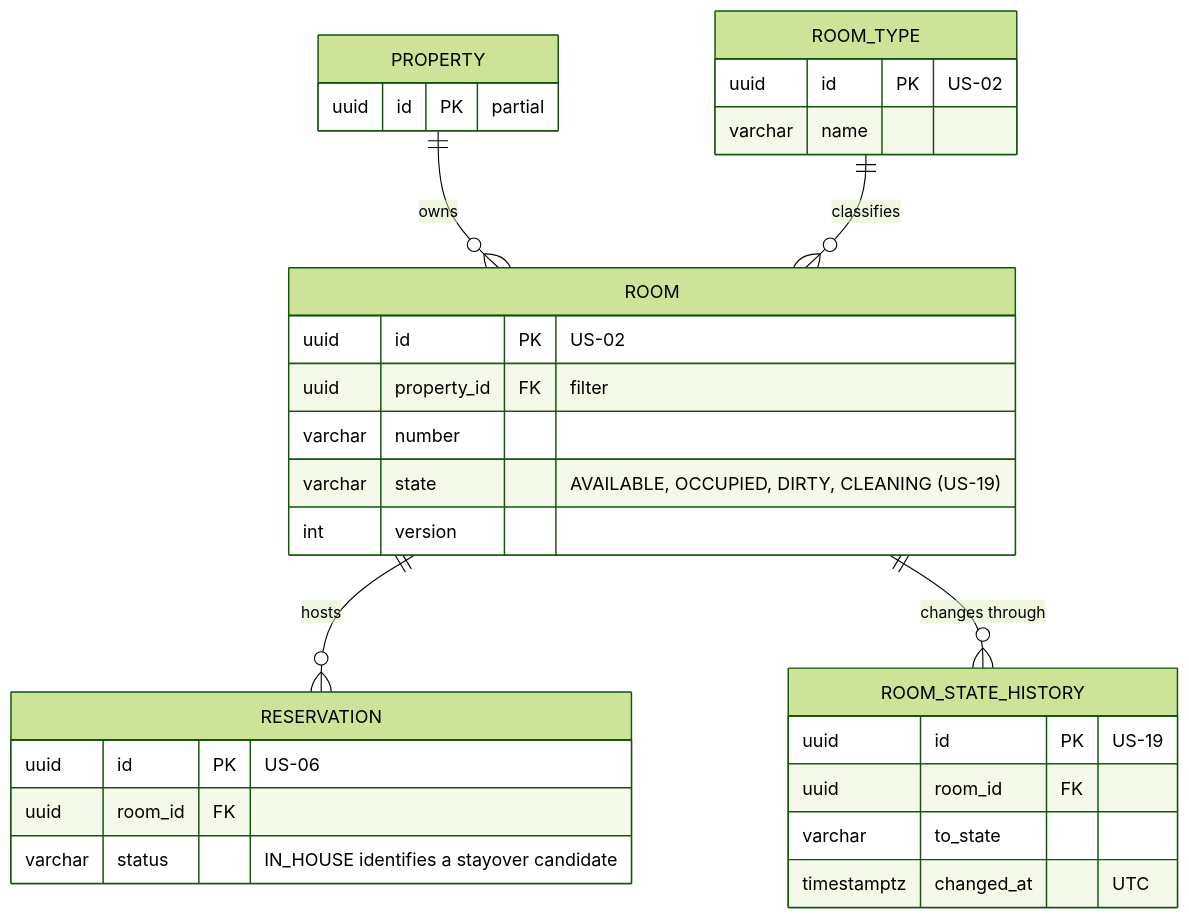
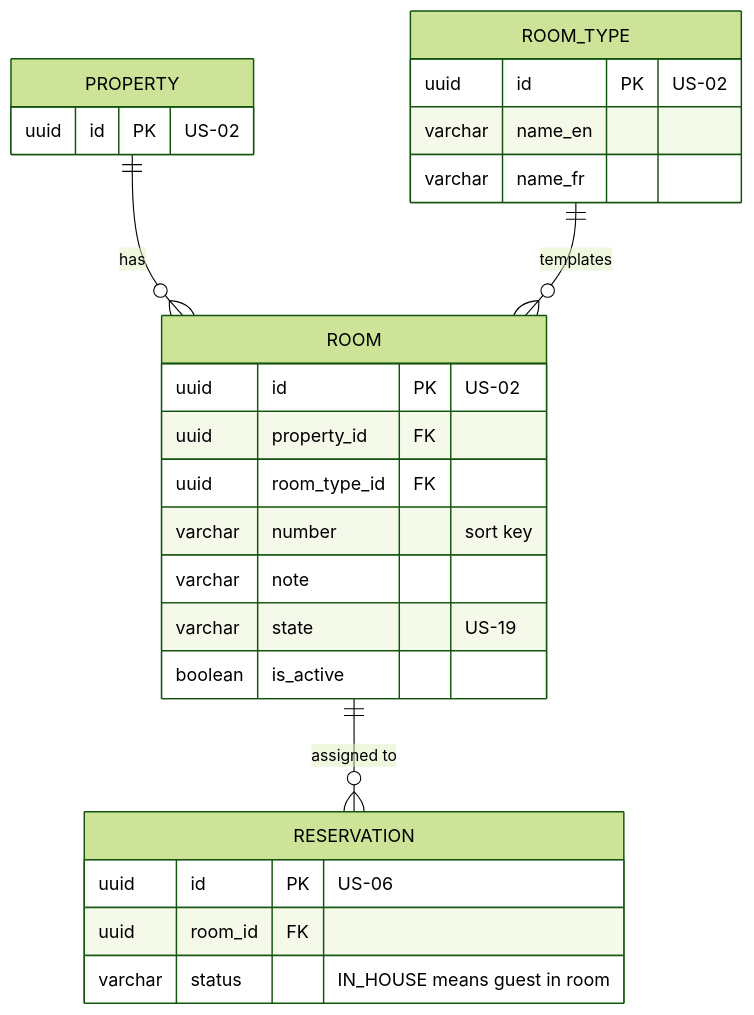
The second of 4 diagrams in docs/Initial Requirements/Diagrams/US-18 - Housekeeping Room Board.md (BraceroInSabot/Motel-Starmie), drawn with Mermaid (forest theme) before and after one commit. The commit also changed other lines of this file and 51 other files, not shown here.

````diff
--- a/docs/Initial Requirements/Diagrams/US-18 - Housekeeping Room Board.md
+++ b/docs/Initial Requirements/Diagrams/US-18 - Housekeeping Room Board.md
@@ -150,33 +138,29 @@
 ```mermaid
 erDiagram
-    PROPERTY ||--o{ ROOM : "owns"
-    ROOM_TYPE ||--o{ ROOM : "classifies"
-    ROOM ||--o{ RESERVATION : "hosts"
-    ROOM ||--o{ ROOM_STATE_HISTORY : "changes through"
+    PROPERTY ||--o{ ROOM : "has"
+    ROOM_TYPE ||--o{ ROOM : "templates"
+    ROOM ||--o{ RESERVATION : "assigned to"
 
     ROOM {
         uuid id PK "US-02"
-        uuid property_id FK "filter"
-        varchar number
-        varchar state "AVAILABLE, OCCUPIED, DIRTY, CLEANING (US-19)"
-        int version
+        uuid property_id FK
+        uuid room_type_id FK
+        varchar number "sort key"
+        varchar note
+        varchar state "US-19"
+        boolean is_active
     }
     ROOM_TYPE {
         uuid id PK "US-02"
-        varchar name
+        varchar name_en
+        varchar name_fr
     }
     RESERVATION {
         uuid id PK "US-06"
         uuid room_id FK
-        varchar status "IN_HOUSE identifies a stayover candidate"
-    }
-    ROOM_STATE_HISTORY {
-        uuid id PK "US-19"
-        uuid room_id FK
-        varchar to_state
-        timestamptz changed_at "UTC"
+        varchar status "IN_HOUSE means guest in room"
     }
     PROPERTY {
-        uuid id PK "partial"
+        uuid id PK "US-02"
     }
 ```
````
